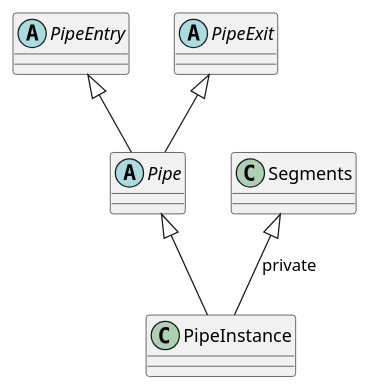
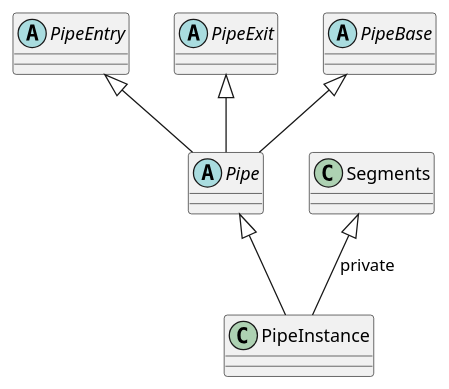
Before and after one commit to DEMCON/libstored: the diagram in sphinx/doc/cpp_pipes.rst, drawn with PlantUML. The commit also changed other lines of this file and 4 other files, not shown here.

```diff
--- a/sphinx/doc/cpp_pipes.rst
+++ b/sphinx/doc/cpp_pipes.rst
@@ -61,12 +117,14 @@
 .. uml::
 
    abstract PipeEntry
    abstract PipeExit
    abstract Pipe
+   abstract PipeBase
+   PipeBase <|-- Pipe
    PipeEntry <|-- Pipe
    PipeExit <|-- Pipe
 
    class PipeInstance
    class Segments
    Pipe <|-- PipeInstance
    Segments <|-- PipeInstance : private
```
